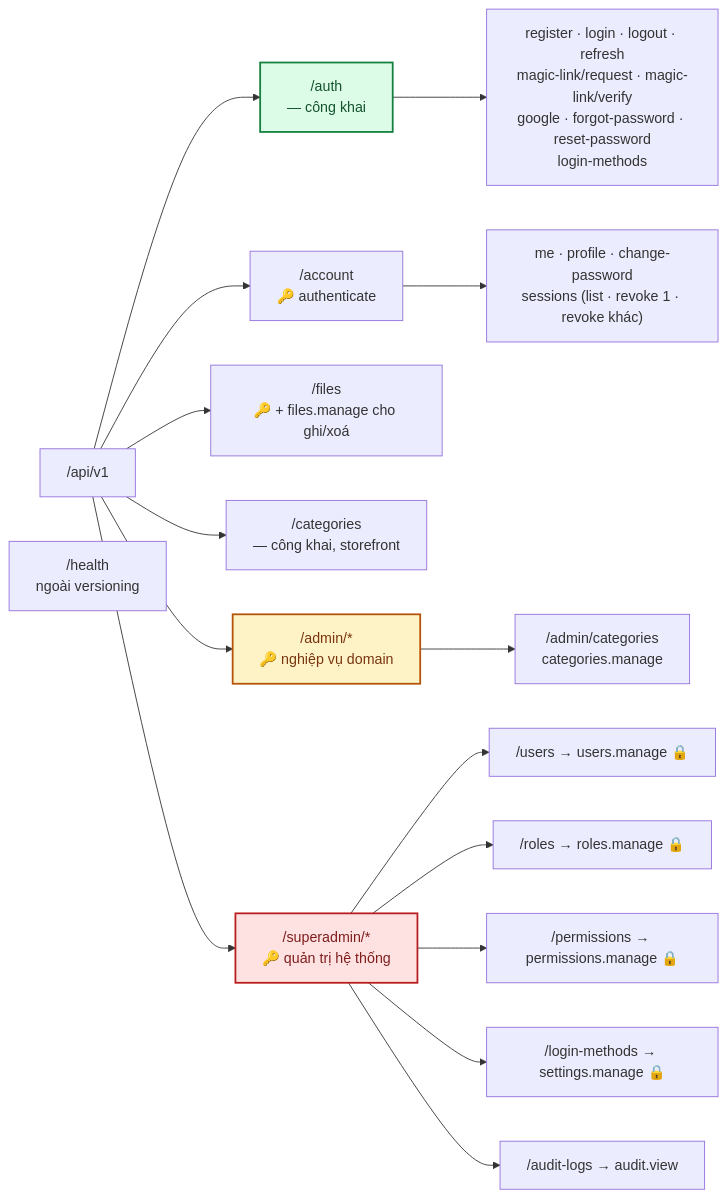
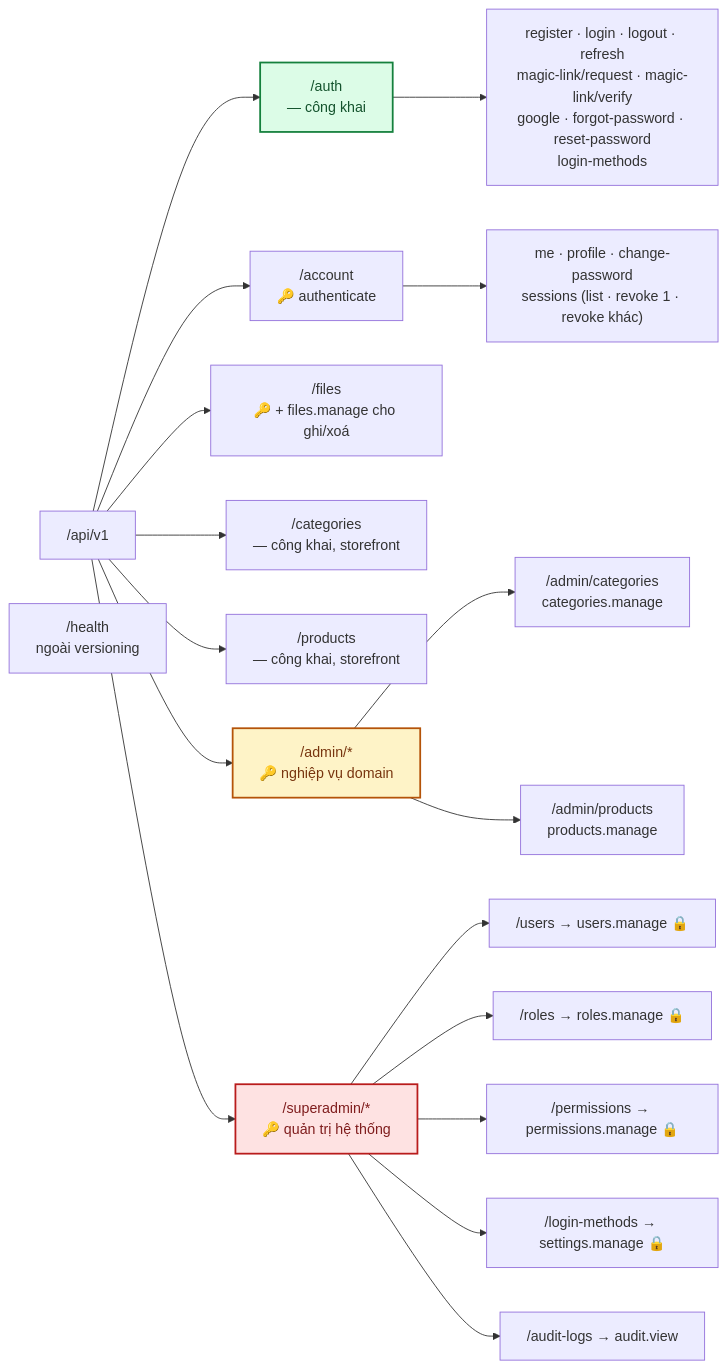
One commit to Hungvu0712/FLOWER changed the first of 2 diagrams in docs/06-api-reference.md. Above: the diagram before and after it, drawn with Mermaid. The commit also changed other lines of this file and 44 other files, not shown here.

````diff
--- a/docs/06-api-reference.md
+++ b/docs/06-api-reference.md
@@ -64,24 +64,26 @@
 ```mermaid
 flowchart LR
     ROOT["/api/v1"] --> AUTH["/auth<br/>— công khai"]
     ROOT --> ACC["/account<br/>🔑 authenticate"]
     ROOT --> FILES["/files<br/>🔑 + files.manage cho ghi/xoá"]
     ROOT --> CAT["/categories<br/>— công khai, storefront"]
+    ROOT --> PROD["/products<br/>— công khai, storefront"]
     ROOT --> ADM["/admin/*<br/>🔑 nghiệp vụ domain"]
     ROOT --> SA["/superadmin/*<br/>🔑 quản trị hệ thống"]
 
     AUTH --> A1["register · login · logout · refresh<br/>magic-link/request · magic-link/verify<br/>google · forgot-password · reset-password<br/>login-methods"]
     ACC --> C1["me · profile · change-password<br/>sessions (list · revoke 1 · revoke khác)"]
     ADM --> AD1["/admin/categories<br/>categories.manage"]
+    ADM --> AD2["/admin/products<br/>products.manage"]
     SA --> S1["/users → users.manage 🔒"]
     SA --> S2["/roles → roles.manage 🔒"]
     SA --> S3["/permissions → permissions.manage 🔒"]
     SA --> S4["/login-methods → settings.manage 🔒"]
     SA --> S5["/audit-logs → audit.view"]
 
     HEALTH["/health<br/>ngoài versioning"]
 
     style SA fill:#fee2e2,stroke:#b91c1c,stroke-width:2px,color:#7f1d1d
     style ADM fill:#fef3c7,stroke:#b45309,stroke-width:2px,color:#78350f
     style AUTH fill:#dcfce7,stroke:#15803d,stroke-width:2px,color:#14532d
 ```
````
